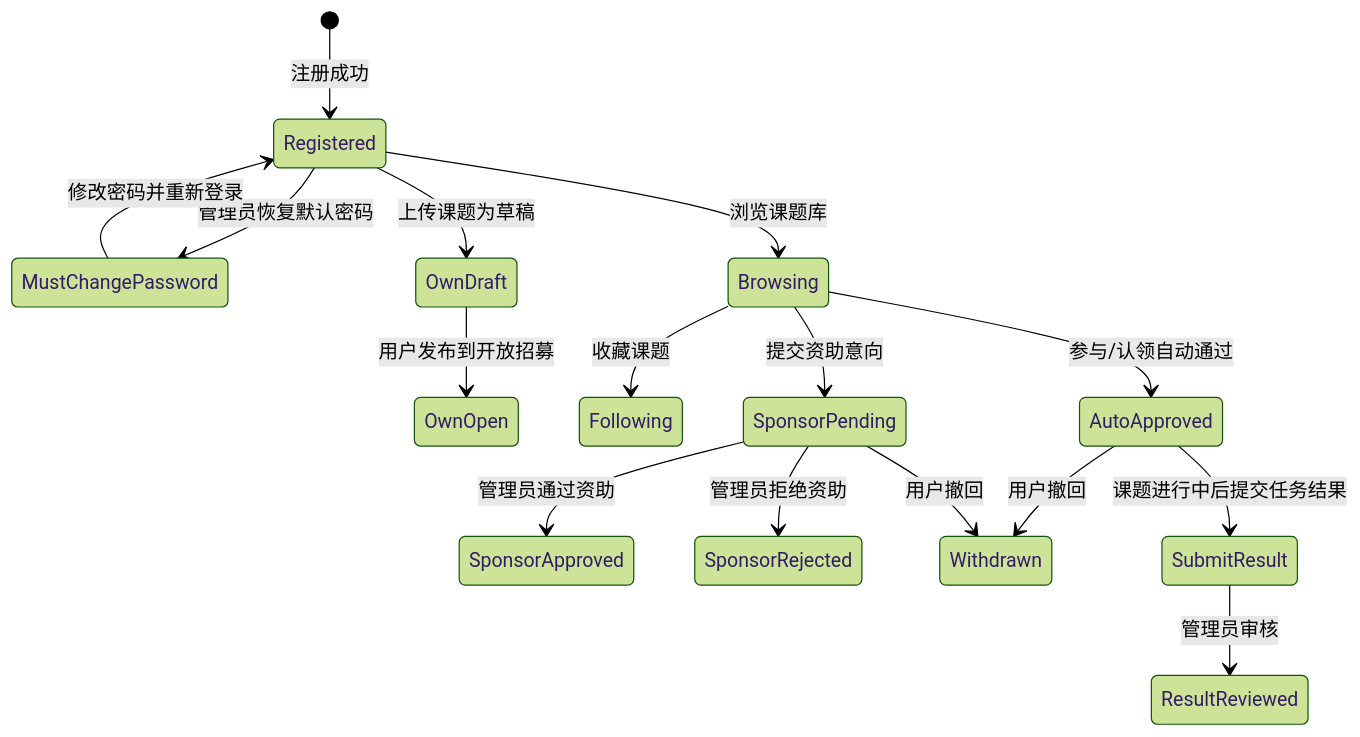
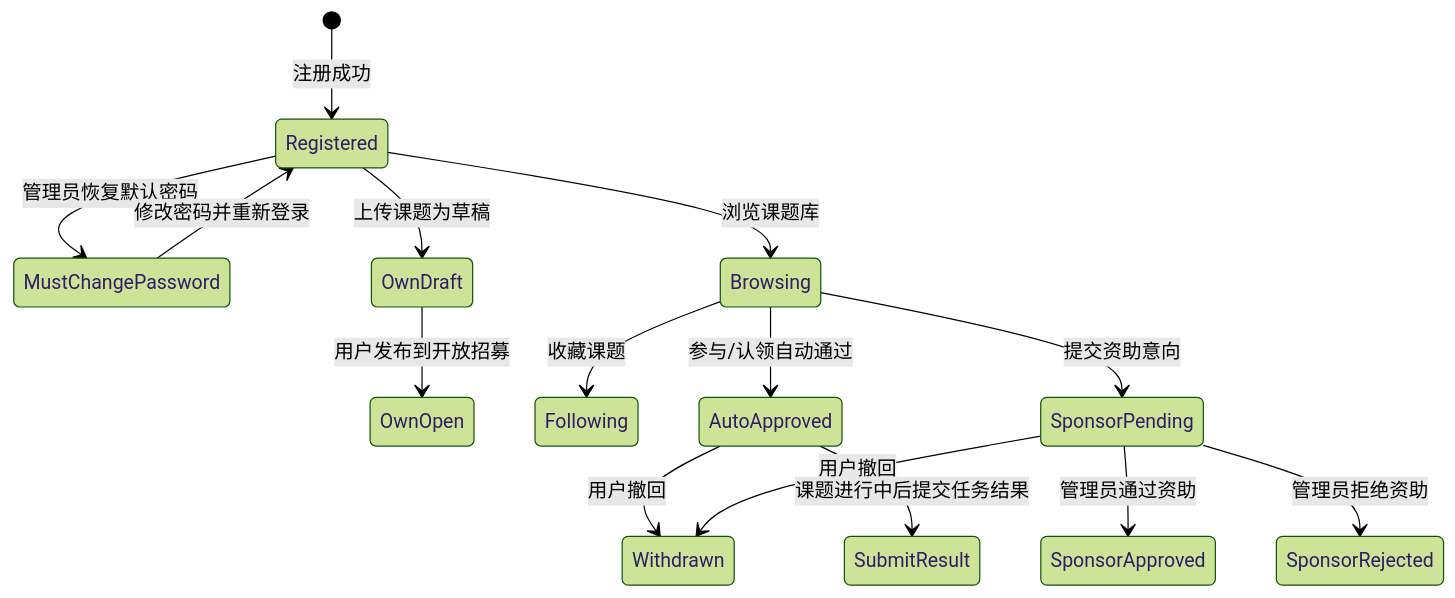
The first of 3 diagrams in AGENTS.md (OpenMedAILab/openmedailab-platform), drawn with Mermaid (forest theme) before and after one commit. The commit also changed other lines of this file and 25 other files, not shown here.

````diff
--- a/AGENTS.md
+++ b/AGENTS.md
@@ -270,18 +295,17 @@
 ```mermaid
 stateDiagram-v2
   [*] --> Registered: 注册成功
   Registered --> MustChangePassword: 管理员恢复默认密码
   MustChangePassword --> Registered: 修改密码并重新登录
   Registered --> Browsing: 浏览课题库
   Registered --> OwnDraft: 上传课题为草稿
   OwnDraft --> OwnOpen: 用户发布到开放招募
   Browsing --> Following: 收藏课题
   Browsing --> AutoApproved: 参与/认领自动通过
   Browsing --> SponsorPending: 提交资助意向
   SponsorPending --> SponsorApproved: 管理员通过资助
   SponsorPending --> SponsorRejected: 管理员拒绝资助
   AutoApproved --> Withdrawn: 用户撤回
   SponsorPending --> Withdrawn: 用户撤回
   AutoApproved --> SubmitResult: 课题进行中后提交任务结果
-  SubmitResult --> ResultReviewed: 管理员审核
 ```
````
